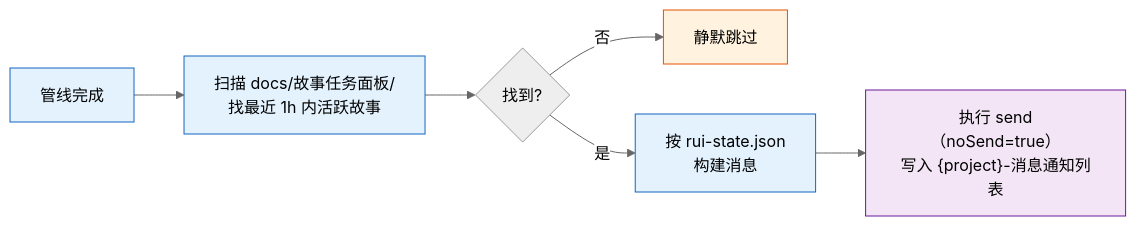
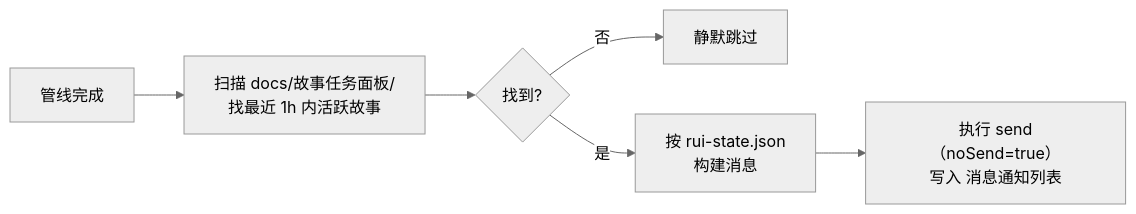
One commit to effiy/YrY changed the eighth of 11 diagrams in skills/rui-bot/SKILL.md. Above: the diagram before and after it, drawn with Mermaid (neutral theme). The commit also changed other lines of this file and 61 other files, not shown here.

````diff
--- a/skills/rui-bot/SKILL.md
+++ b/skills/rui-bot/SKILL.md
@@ -290,13 +268,9 @@
 ```mermaid
 flowchart LR
     PIPE["管线完成"]:::s --> SCAN["扫描 docs/故事任务面板/<br/>找最近 1h 内活跃故事"]:::op
     SCAN --> Q{"找到?"}
     Q -->|"否"| SKIP["静默跳过"]:::warn
     Q -->|"是"| BUILD["按 rui-state.json<br/>构建消息"]:::op
-    BUILD --> APPEND["执行 send（noSend=true）<br/>写入 {project}-消息通知列表"]:::out
+    BUILD --> APPEND["执行 send（noSend=true）<br/>写入 消息通知列表"]:::out
 
-    classDef s fill:#e3f2fd,stroke:#1565c0;
-    classDef op fill:#e3f2fd,stroke:#1565c0;
-    classDef warn fill:#fff3e0,stroke:#e65100;
-    classDef out fill:#f3e5f5,stroke:#6a1b9a;
 ```
````
